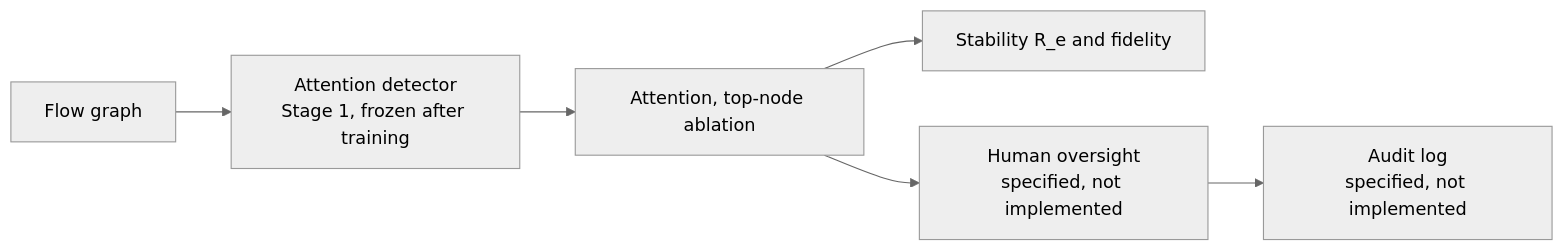
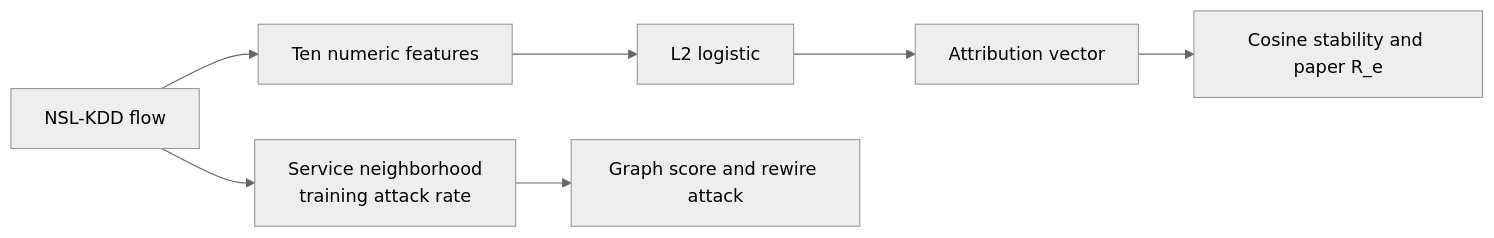
One commit to farhadkusc/tecdf-xai changed the diagram in docs/ARCHITECTURE.md. Above: the diagram before and after it, drawn with Mermaid (neutral theme). The commit also changed other lines of this file and 14 other files, not shown here.

First line of the commit message:
Evaluate the service graph on NSL-KDD 20 percent

````diff
--- a/docs/ARCHITECTURE.md
+++ b/docs/ARCHITECTURE.md
@@ -3,8 +3,9 @@
 ```mermaid
 flowchart LR
-  G[Flow graph] --> D[Attention detector<br/>Stage 1, frozen after training]
-  D --> E[Attention, top-node ablation]
-  E --> R[Stability R_e and fidelity]
-  E --> H[Human oversight<br/>specified, not implemented]
-  H --> A[Audit log<br/>specified, not implemented]
+  F[NSL-KDD flow] --> S[Service neighborhood<br/>training attack rate]
+  F --> N[Ten numeric features]
+  N --> L[L2 logistic]
+  S --> E[Graph score and rewire attack]
+  L --> A[Attribution vector]
+  A --> R[Cosine stability and paper R_e]
 ```
````
